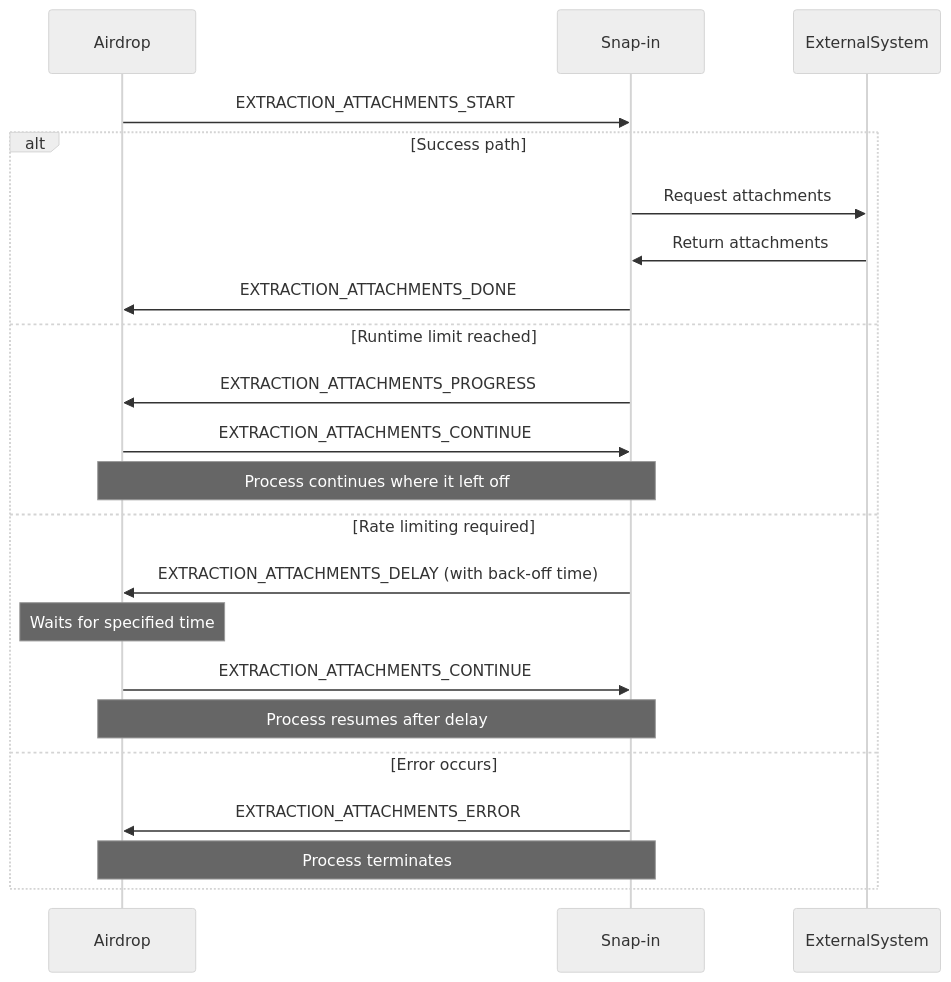
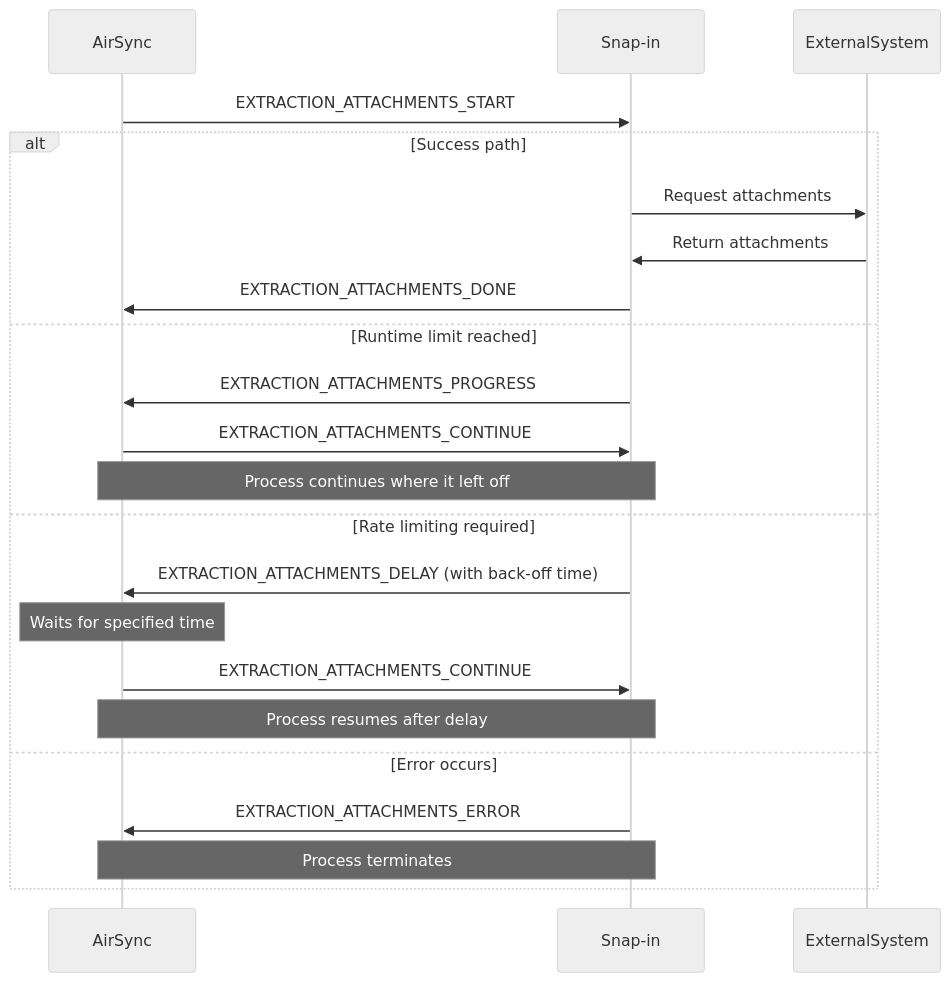
One commit to devrev/fern-api-docs changed the diagram in fern/docs/pages/airsync/attachments-extraction.mdx. Above: the diagram before and after it, drawn with Mermaid (neutral theme). The commit also changed other lines of this file and 18 other files, not shown here.

````diff
--- a/fern/docs/pages/airsync/attachments-extraction.mdx
+++ b/fern/docs/pages/airsync/attachments-extraction.mdx
@@ -5,29 +5,29 @@
 ```mermaid
 sequenceDiagram
-    participant Airdrop
+    participant AirSync
     participant Snap-in
     participant ExternalSystem
     
-    Airdrop->>Snap-in: EXTRACTION_ATTACHMENTS_START
+    AirSync->>Snap-in: EXTRACTION_ATTACHMENTS_START
     
     alt Success path
         Snap-in->>ExternalSystem: Request attachments
         ExternalSystem->>Snap-in: Return attachments
-        Snap-in->>Airdrop: EXTRACTION_ATTACHMENTS_DONE
+        Snap-in->>AirSync: EXTRACTION_ATTACHMENTS_DONE
     
     else Runtime limit reached
-        Snap-in->>Airdrop: EXTRACTION_ATTACHMENTS_PROGRESS
-        Airdrop->>Snap-in: EXTRACTION_ATTACHMENTS_CONTINUE
-        Note over Snap-in,Airdrop: Process continues where it left off
+        Snap-in->>AirSync: EXTRACTION_ATTACHMENTS_PROGRESS
+        AirSync->>Snap-in: EXTRACTION_ATTACHMENTS_CONTINUE
+        Note over Snap-in,AirSync: Process continues where it left off
     
     else Rate limiting required
-        Snap-in->>Airdrop: EXTRACTION_ATTACHMENTS_DELAY (with back-off time)
-        Note over Airdrop: Waits for specified time
-        Airdrop->>Snap-in: EXTRACTION_ATTACHMENTS_CONTINUE
-        Note over Snap-in,Airdrop: Process resumes after delay
+        Snap-in->>AirSync: EXTRACTION_ATTACHMENTS_DELAY (with back-off time)
+        Note over AirSync: Waits for specified time
+        AirSync->>Snap-in: EXTRACTION_ATTACHMENTS_CONTINUE
+        Note over Snap-in,AirSync: Process resumes after delay
     
     else Error occurs
-        Snap-in->>Airdrop: EXTRACTION_ATTACHMENTS_ERROR
-        Note over Snap-in,Airdrop: Process terminates
+        Snap-in->>AirSync: EXTRACTION_ATTACHMENTS_ERROR
+        Note over Snap-in,AirSync: Process terminates
     end
 ```
````
